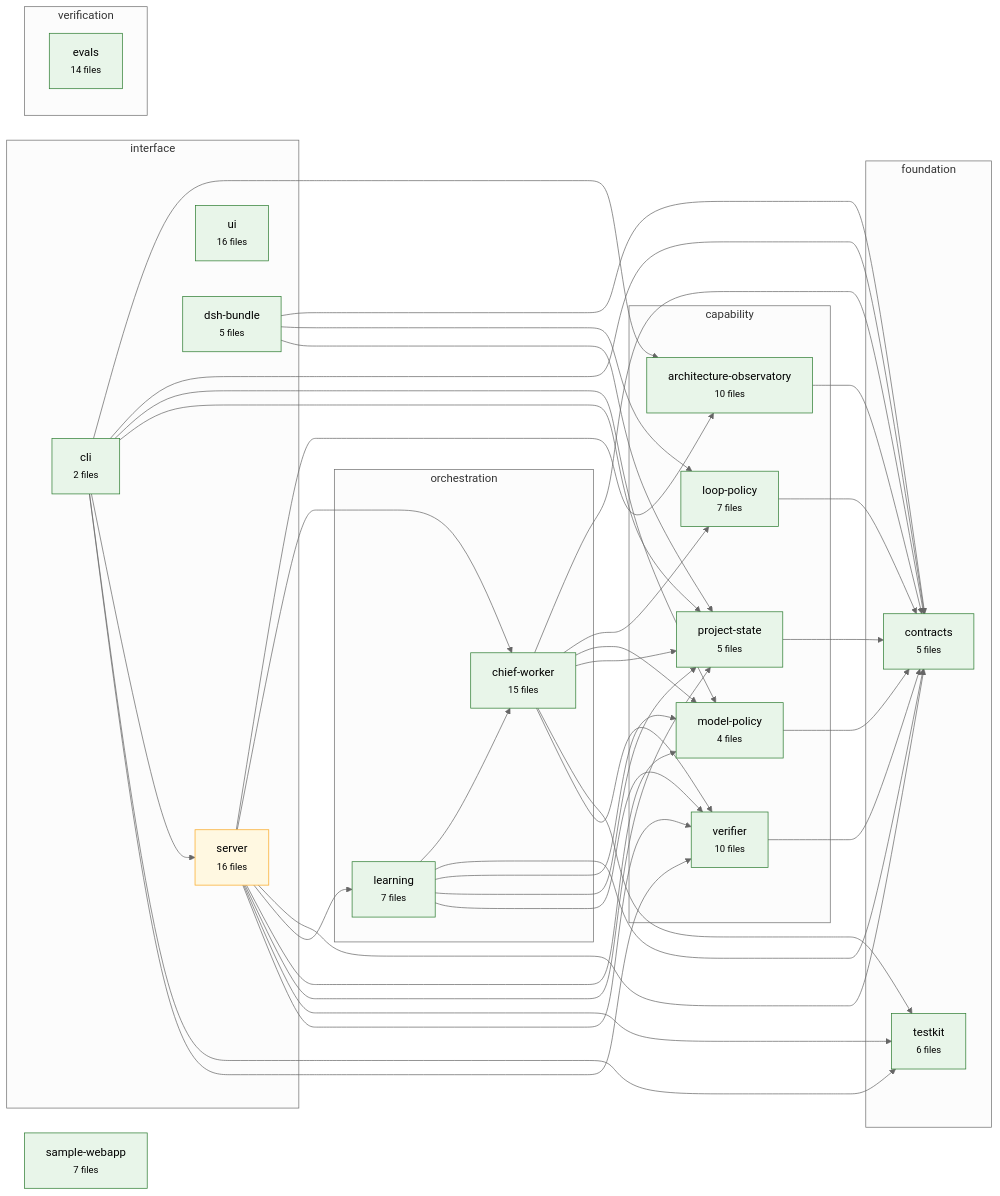
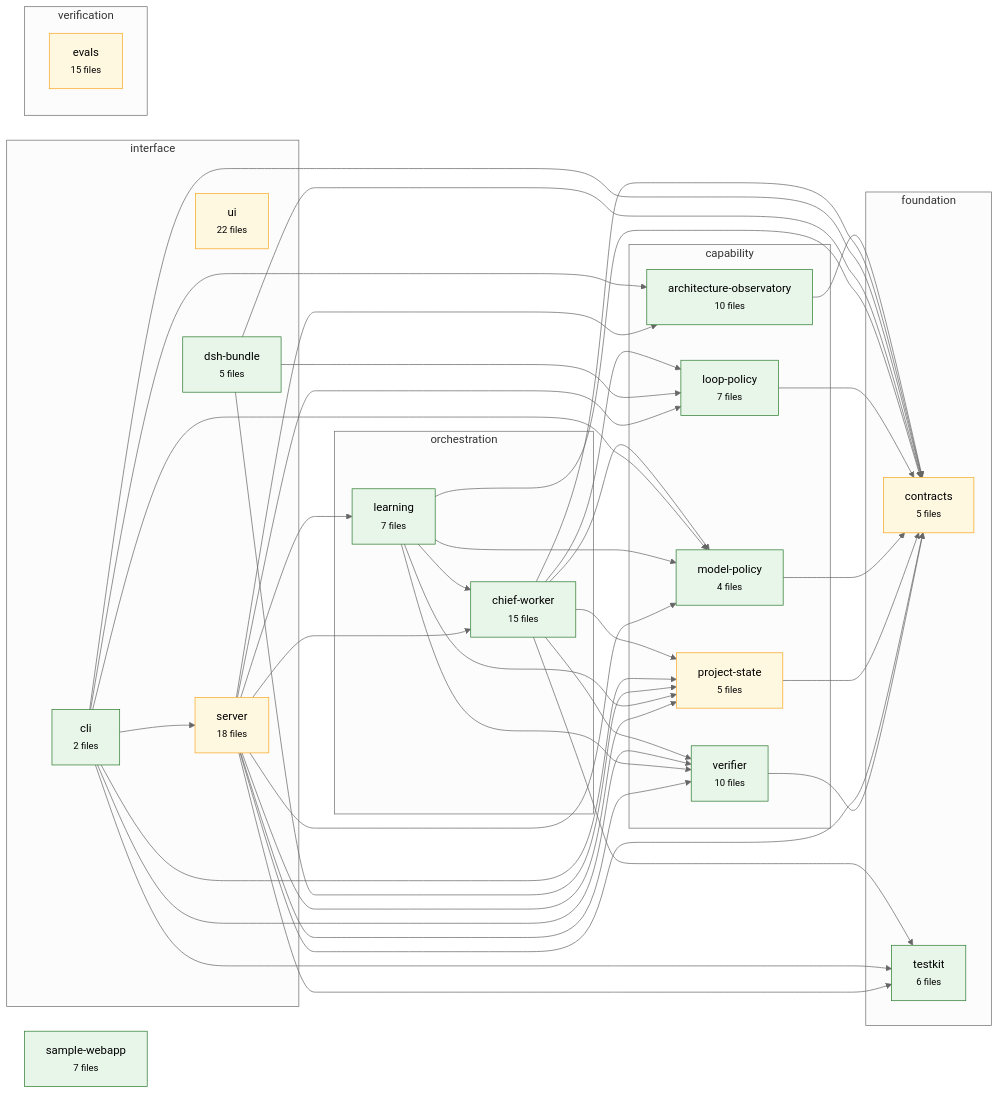
One commit to CharAzinabulu0079/dgx-super-agent changed the diagram in .architecture/graph.mmd. Above: the diagram before and after it, drawn with Mermaid (neutral theme). The commit also changed 27 other files, not shown here.

```diff
--- a/.architecture/graph.mmd
+++ b/.architecture/graph.mmd
@@ -1,80 +1,81 @@
 flowchart LR
   subgraph layer_foundation["foundation"]
     contracts["contracts<br/><small>5 files</small>"]
     testkit["testkit<br/><small>6 files</small>"]
   end
   subgraph layer_capability["capability"]
     project_state["project-state<br/><small>5 files</small>"]
     verifier["verifier<br/><small>10 files</small>"]
     loop_policy["loop-policy<br/><small>7 files</small>"]
     model_policy["model-policy<br/><small>4 files</small>"]
     architecture_observatory["architecture-observatory<br/><small>10 files</small>"]
   end
   subgraph layer_orchestration["orchestration"]
     learning["learning<br/><small>7 files</small>"]
     chief_worker["chief-worker<br/><small>15 files</small>"]
   end
   subgraph layer_interface["interface"]
-    server["server<br/><small>16 files</small>"]
+    server["server<br/><small>18 files</small>"]
     cli["cli<br/><small>2 files</small>"]
-    ui["ui<br/><small>16 files</small>"]
+    ui["ui<br/><small>22 files</small>"]
     dsh_bundle["dsh-bundle<br/><small>5 files</small>"]
   end
   subgraph layer_verification["verification"]
-    evals["evals<br/><small>14 files</small>"]
+    evals["evals<br/><small>15 files</small>"]
   end
   sample_webapp["sample-webapp<br/><small>7 files</small>"]
   architecture_observatory --> contracts
   chief_worker --> contracts
   chief_worker --> loop_policy
   chief_worker --> model_policy
   chief_worker --> project_state
   chief_worker --> testkit
   chief_worker --> verifier
   cli --> architecture_observatory
   cli --> contracts
   cli --> model_policy
   cli --> project_state
   cli --> server
   cli --> testkit
   cli --> verifier
   dsh_bundle --> contracts
   dsh_bundle --> loop_policy
   dsh_bundle --> project_state
   learning --> chief_worker
   learning --> contracts
   learning --> model_policy
   learning --> project_state
   learning --> verifier
   loop_policy --> contracts
   model_policy --> contracts
   project_state --> contracts
   server --> architecture_observatory
   server --> chief_worker
   server --> contracts
   server --> learning
+  server --> loop_policy
   server --> model_policy
   server --> project_state
   server --> testkit
   server --> verifier
   verifier --> contracts
   classDef stable fill:#e8f5e9,stroke:#2e7d32
   classDef changing fill:#fff8e1,stroke:#f9a825
   classDef worker_active fill:#e3f2fd,stroke:#1565c0
   classDef gate_failed fill:#ffebee,stroke:#c62828
   classDef protected stroke:#6a1b9a,stroke-width:3px
-  class contracts stable
+  class contracts changing
   class testkit stable
-  class project_state stable
+  class project_state changing
   class verifier stable
   class loop_policy stable
   class model_policy stable
   class architecture_observatory stable
   class learning stable
   class chief_worker stable
   class server changing
   class cli stable
-  class ui stable
+  class ui changing
   class dsh_bundle stable
-  class evals stable
+  class evals changing
   class sample_webapp stable
```
